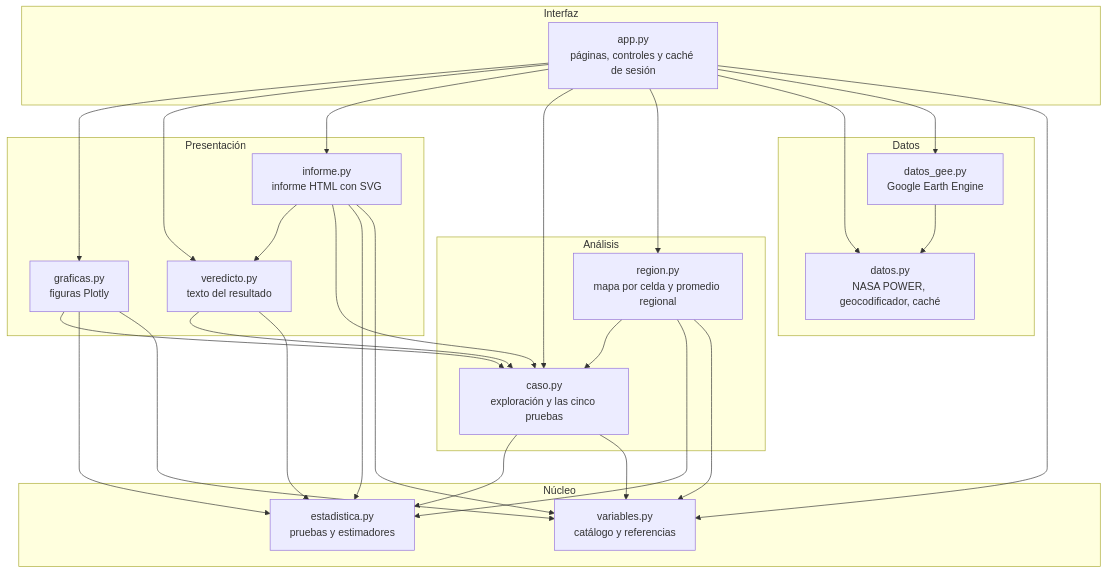
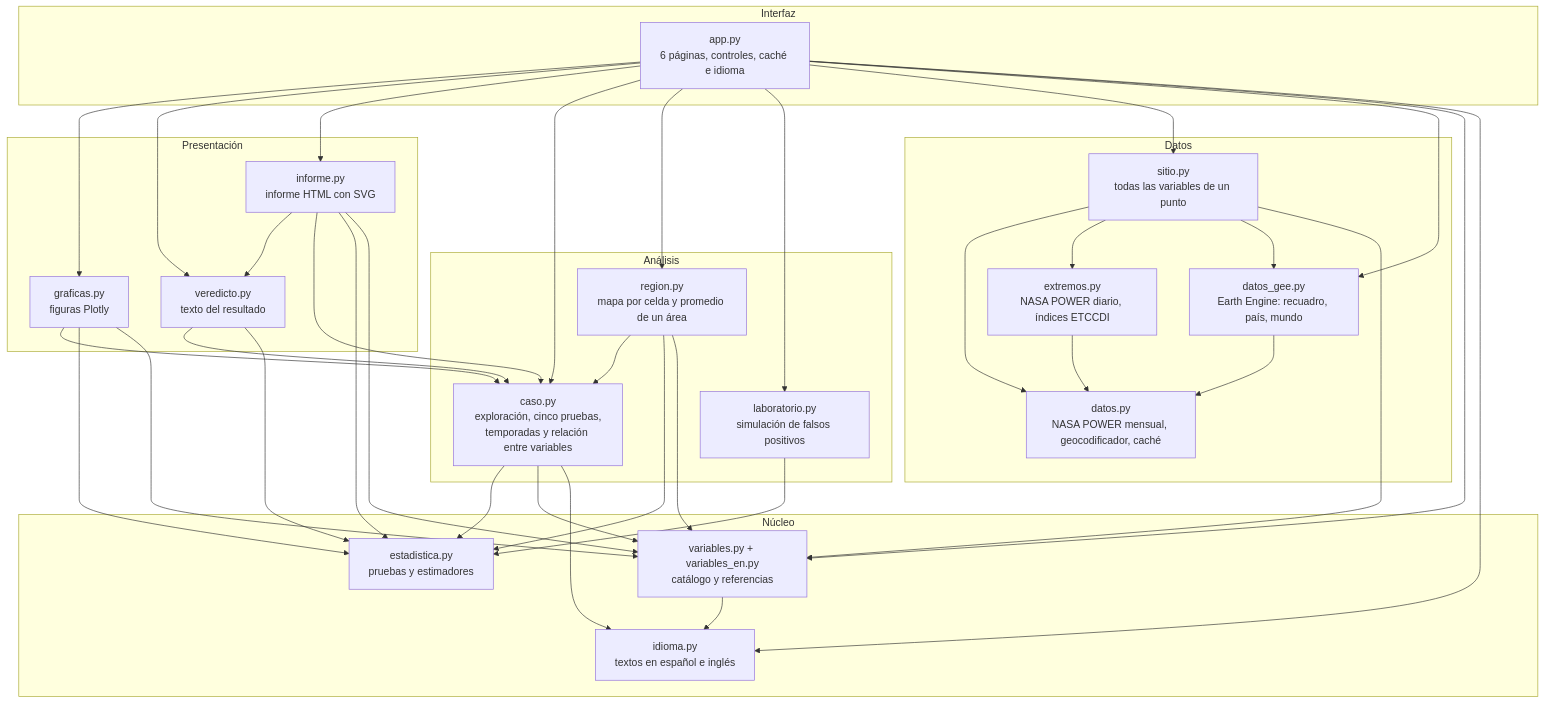
Before and after one commit to diazu0624-afk/expediente-tierra: the first of 3 diagrams in README.md, drawn with Mermaid. The commit also changed other lines of this file and 3 other files, not shown here.

First line of the commit message:
Cierre: escala de la exploración, diagrama de arquitectura y caché regional fuera del repositorio

````diff
--- a/README.md
+++ b/README.md
@@ -98,32 +98,38 @@
 ```mermaid
 flowchart TD
     subgraph Interfaz
-        APP["app.py<br/>páginas, controles y caché de sesión"]
+        APP["app.py<br/>6 páginas, controles, caché e idioma"]
     end
     subgraph Presentación
         GRAF["graficas.py<br/>figuras Plotly"]
         VERE["veredicto.py<br/>texto del resultado"]
         INFO["informe.py<br/>informe HTML con SVG"]
     end
     subgraph Análisis
-        CASO["caso.py<br/>exploración y las cinco pruebas"]
-        REG["region.py<br/>mapa por celda y promedio regional"]
+        CASO["caso.py<br/>exploración, cinco pruebas,<br/>temporadas y relación entre variables"]
+        REG["region.py<br/>mapa por celda y promedio de un área"]
+        LAB["laboratorio.py<br/>simulación de falsos positivos"]
     end
     subgraph Núcleo
         EST["estadistica.py<br/>pruebas y estimadores"]
-        VAR["variables.py<br/>catálogo y referencias"]
+        VAR["variables.py + variables_en.py<br/>catálogo y referencias"]
+        IDI["idioma.py<br/>textos en español e inglés"]
     end
     subgraph Datos
-        DAT["datos.py<br/>NASA POWER, geocodificador, caché"]
-        GEE["datos_gee.py<br/>Google Earth Engine"]
+        SIT["sitio.py<br/>todas las variables de un punto"]
+        DAT["datos.py<br/>NASA POWER mensual, geocodificador, caché"]
+        EXT["extremos.py<br/>NASA POWER diario, índices ETCCDI"]
+        GEE["datos_gee.py<br/>Earth Engine: recuadro, país, mundo"]
     end
 
-    APP --> GRAF & VERE & INFO & CASO & REG & DAT & GEE & VAR
+    APP --> GRAF & VERE & INFO & CASO & REG & LAB & SIT & GEE & VAR & IDI
     INFO --> VERE
     GRAF & VERE & INFO --> CASO
-    GRAF & INFO & VERE --> EST
+    GRAF & INFO & VERE & LAB --> EST
     GRAF & INFO --> VAR
     REG --> CASO & EST & VAR
-    CASO --> EST & VAR
-    GEE --> DAT
+    CASO --> EST & VAR & IDI
+    VAR --> IDI
+    SIT --> DAT & EXT & GEE & VAR
+    EXT & GEE --> DAT
 ```
````
